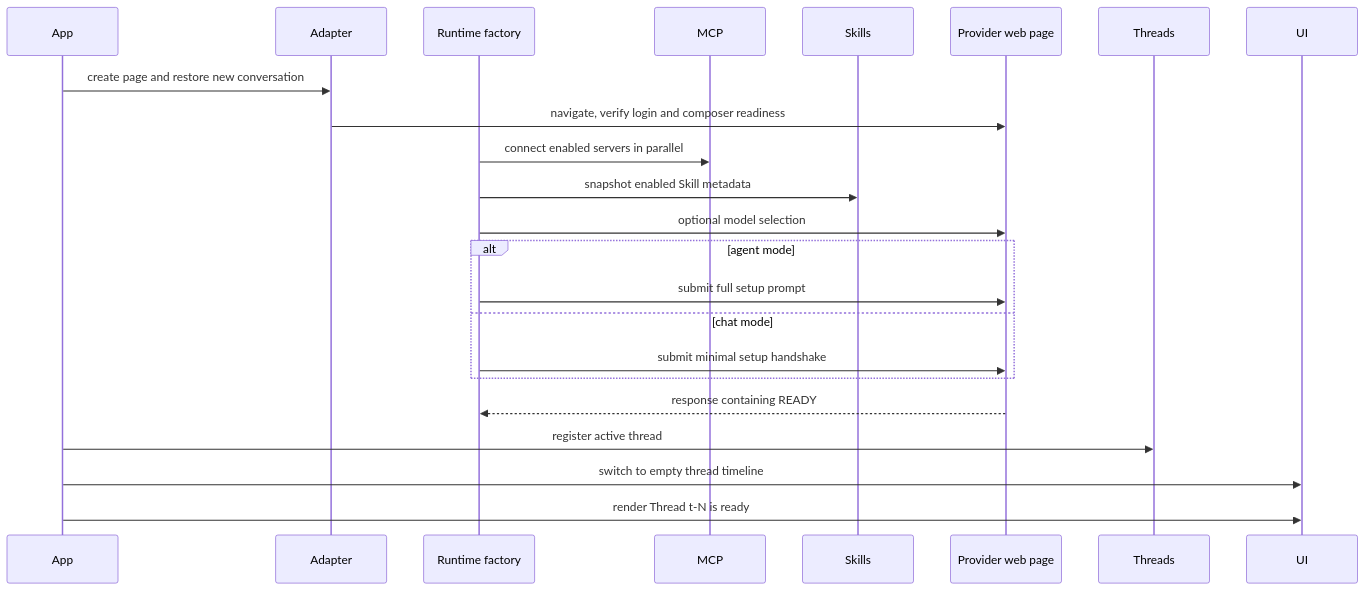
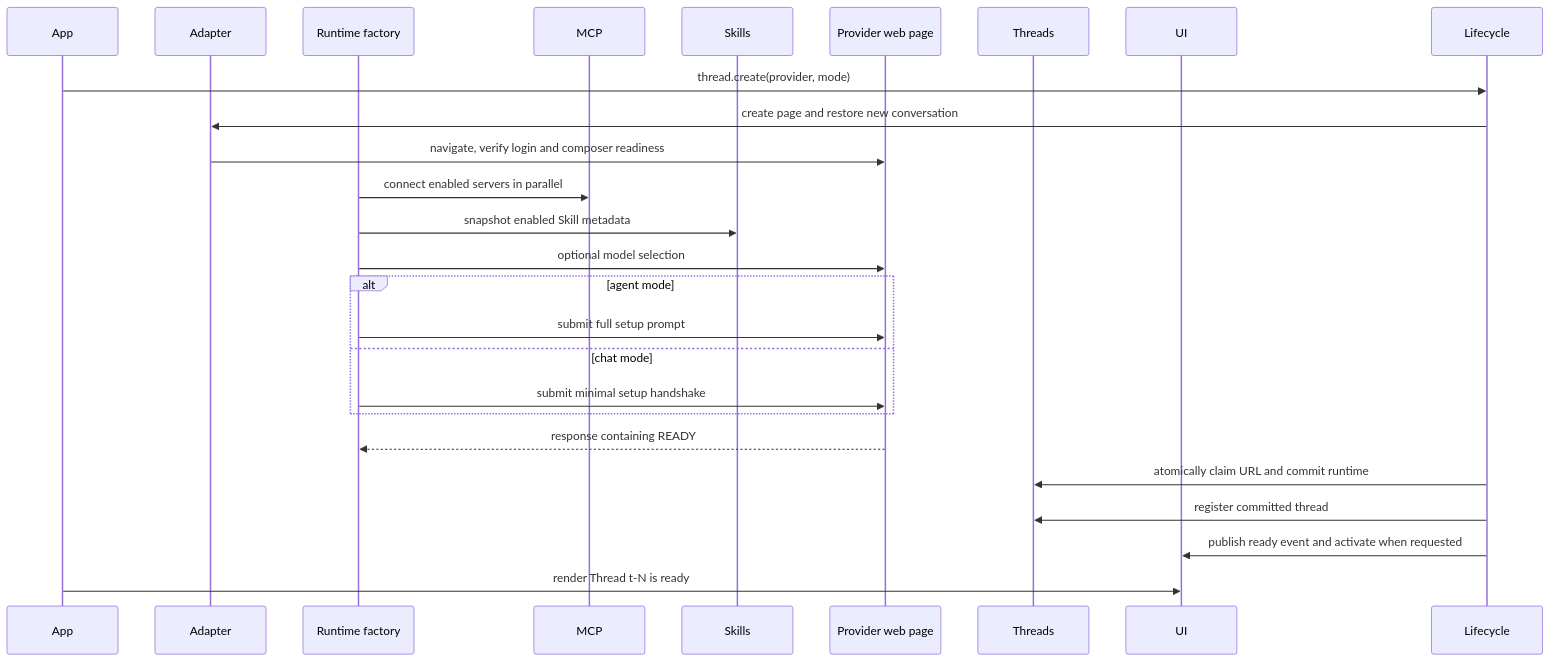
Before and after one commit to kabxx/portal: the first of 2 diagrams in docs/architecture.md, drawn with Mermaid. The commit also changed other lines of this file and 22 other files, not shown here.

Commit message:
refactor: rebuild thread lifecycle

````diff
--- a/docs/architecture.md
+++ b/docs/architecture.md
@@ -60,26 +60,28 @@
 ```mermaid
 sequenceDiagram
     participant App
     participant Adapter
     participant Factory as Runtime factory
     participant MCP
     participant Skills
     participant Web as Provider web page
     participant Threads
     participant UI
 
-    App->>Adapter: create page and restore new conversation
+    App->>Lifecycle: thread.create(provider, mode)
+    Lifecycle->>Adapter: create page and restore new conversation
     Adapter->>Web: navigate, verify login and composer readiness
     Factory->>MCP: connect enabled servers in parallel
     Factory->>Skills: snapshot enabled Skill metadata
     Factory->>Web: optional model selection
     alt agent mode
         Factory->>Web: submit full setup prompt
     else chat mode
         Factory->>Web: submit minimal setup handshake
     end
     Web-->>Factory: response containing READY
-    App->>Threads: register active thread
-    App->>UI: switch to empty thread timeline
+    Lifecycle->>Threads: atomically claim URL and commit runtime
+    Lifecycle->>Threads: register committed thread
+    Lifecycle->>UI: publish ready event and activate when requested
     App->>UI: render Thread t-N is ready
 ```
````
